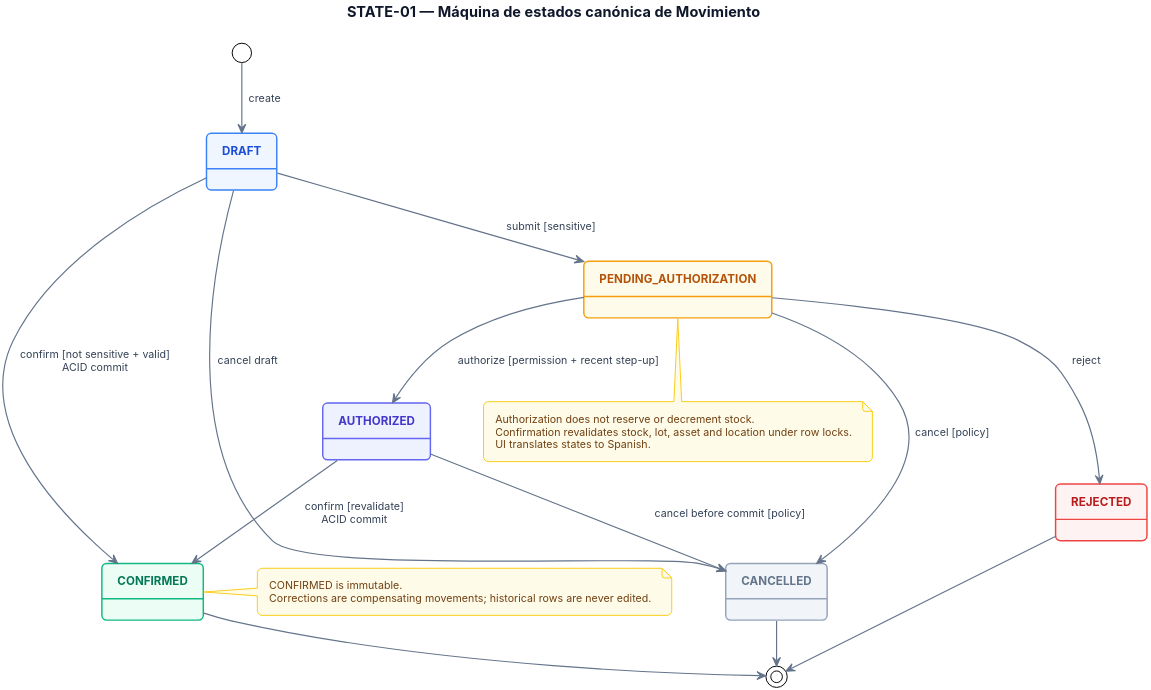
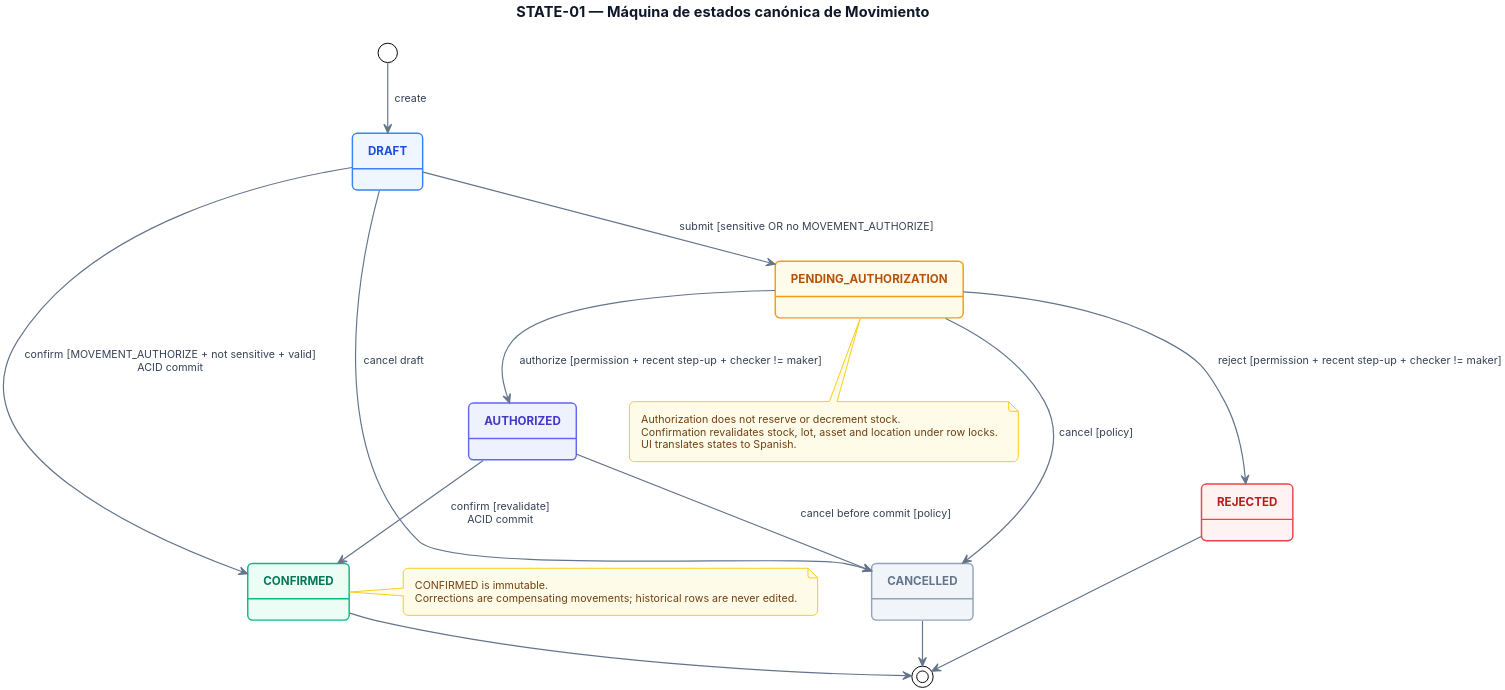
The diagram in SIGA_Documentacion_Tecnica_Final_v1.2/diagramas/estados/STATE_01_Movimiento.puml (Emma3TC-main/siga-documentation), drawn with PlantUML before and after one commit. The commit also changed 40 other files, not shown here.

```diff
--- a/SIGA_Documentacion_Tecnica_Final_v1.2/diagramas/estados/STATE_01_Movimiento.puml
+++ b/SIGA_Documentacion_Tecnica_Final_v1.2/diagramas/estados/STATE_01_Movimiento.puml
@@ -1,161 +1,161 @@
 @startuml
 
 ' ============================================================
 ' ESTILOS GENERALES — STATE DIAGRAM SIGA
 ' ============================================================
 
 !theme plain
 
 ' --- Renderizado y geometría general ---
 skinparam dpi 300
 skinparam shadowing false
 skinparam roundcorner 10
 skinparam padding 6
 skinparam nodesep 55
 skinparam ranksep 45
 
 ' --- Tipografía general ---
 skinparam defaultFontName "Inter", "Segoe UI", "Helvetica", Arial, sans-serif
 skinparam defaultFontSize 12
 skinparam defaultFontColor #1E293B
 
 ' --- Fondo ---
 skinparam BackgroundColor #FFFFFF
 
 ' ============================================================
 ' TÍTULO
 ' ============================================================
 
 skinparam title {
     FontSize 15
     FontStyle bold
     FontColor #0F172A
     BorderColor transparent
     BackgroundColor transparent
 }
 
 ' ============================================================
 ' TRANSICIONES / FLECHAS
 ' ============================================================
 
 skinparam ArrowColor #64748B
 skinparam ArrowFontColor #334155
 skinparam ArrowFontSize 11
 skinparam ArrowThickness 1.2
 
 ' ============================================================
 ' ESTADOS — ESTILO BASE
 ' ============================================================
 
 skinparam state {
     BackgroundColor #F8FAFC
     BorderColor #94A3B8
     BorderThickness 1.5
     FontColor #0F172A
     FontSize 12
     FontStyle bold
 
     StartColor #0EA5E9
     EndColor #64748B
 }
 
 ' ============================================================
 ' ESTADOS — PALETA SEMÁNTICA
 ' ============================================================
 
 ' Estado inicial / borrador
 skinparam state<<draft>> {
     BackgroundColor #EFF6FF
     BorderColor #3B82F6
     FontColor #1D4ED8
 }
 
 ' Estado pendiente / espera
 skinparam state<<pending>> {
     BackgroundColor #FFFBEB
     BorderColor #F59E0B
     FontColor #B45309
 }
 
 ' Estado autorizado / validado
 skinparam state<<authorized>> {
     BackgroundColor #EEF2FF
     BorderColor #6366F1
     FontColor #4338CA
 }
 
 ' Estado exitoso / confirmado
 skinparam state<<success>> {
     BackgroundColor #ECFDF5
     BorderColor #10B981
     FontColor #047857
 }
 
 ' Estado cancelado / neutral
 skinparam state<<cancelled>> {
     BackgroundColor #F1F5F9
     BorderColor #94A3B8
     FontColor #64748B
 }
 
 ' Estado rechazado / error
 skinparam state<<rejected>> {
     BackgroundColor #FEF2F2
     BorderColor #EF4444
     FontColor #B91C1C
 }
 
 ' ============================================================
 ' NOTAS
 ' ============================================================
 
 skinparam Note {
     BackgroundColor #FEFCE8
     BorderColor #FACC15
     BorderThickness 1
     FontColor #713F12
     FontSize 11
     RoundCorner 8
 }
 
 ' ============================================================
 ' LÓGICA DEL DIAGRAMA DE MOVIMIENTO
 ' ============================================================
 
 title STATE-01 — Máquina de estados canónica de Movimiento
 
 ' Declaración de estados con sus respectivos estilos semánticos
 state DRAFT <<draft>>
 state PENDING_AUTHORIZATION <<pending>>
 state AUTHORIZED <<authorized>>
 state CONFIRMED <<success>>
 state CANCELLED <<cancelled>>
 state REJECTED <<rejected>>
 
 ' Transiciones
 [*] --> DRAFT : create
-DRAFT --> PENDING_AUTHORIZATION : submit [sensitive]
-DRAFT --> CONFIRMED : confirm [not sensitive + valid]\nACID commit
+DRAFT --> PENDING_AUTHORIZATION : submit [sensitive OR no MOVEMENT_AUTHORIZE]
+DRAFT --> CONFIRMED : confirm [MOVEMENT_AUTHORIZE + not sensitive + valid]\nACID commit
 DRAFT --> CANCELLED : cancel draft
-PENDING_AUTHORIZATION --> AUTHORIZED : authorize [permission + recent step-up]
-PENDING_AUTHORIZATION --> REJECTED : reject
+PENDING_AUTHORIZATION --> AUTHORIZED : authorize [permission + recent step-up + checker != maker]
+PENDING_AUTHORIZATION --> REJECTED : reject [permission + recent step-up + checker != maker]
 PENDING_AUTHORIZATION --> CANCELLED : cancel [policy]
 AUTHORIZED --> CONFIRMED : confirm [revalidate]\nACID commit
 AUTHORIZED --> CANCELLED : cancel before commit [policy]
 CONFIRMED --> [*]
 REJECTED --> [*]
 CANCELLED --> [*]
 
 ' Notas
 note right of CONFIRMED
 CONFIRMED is immutable.
 Corrections are compensating movements; historical rows are never edited.
 end note
 
 note bottom of PENDING_AUTHORIZATION
 Authorization does not reserve or decrement stock.
 Confirmation revalidates stock, lot, asset and location under row locks.
 UI translates states to Spanish.
 end note
 
 @enduml
```
